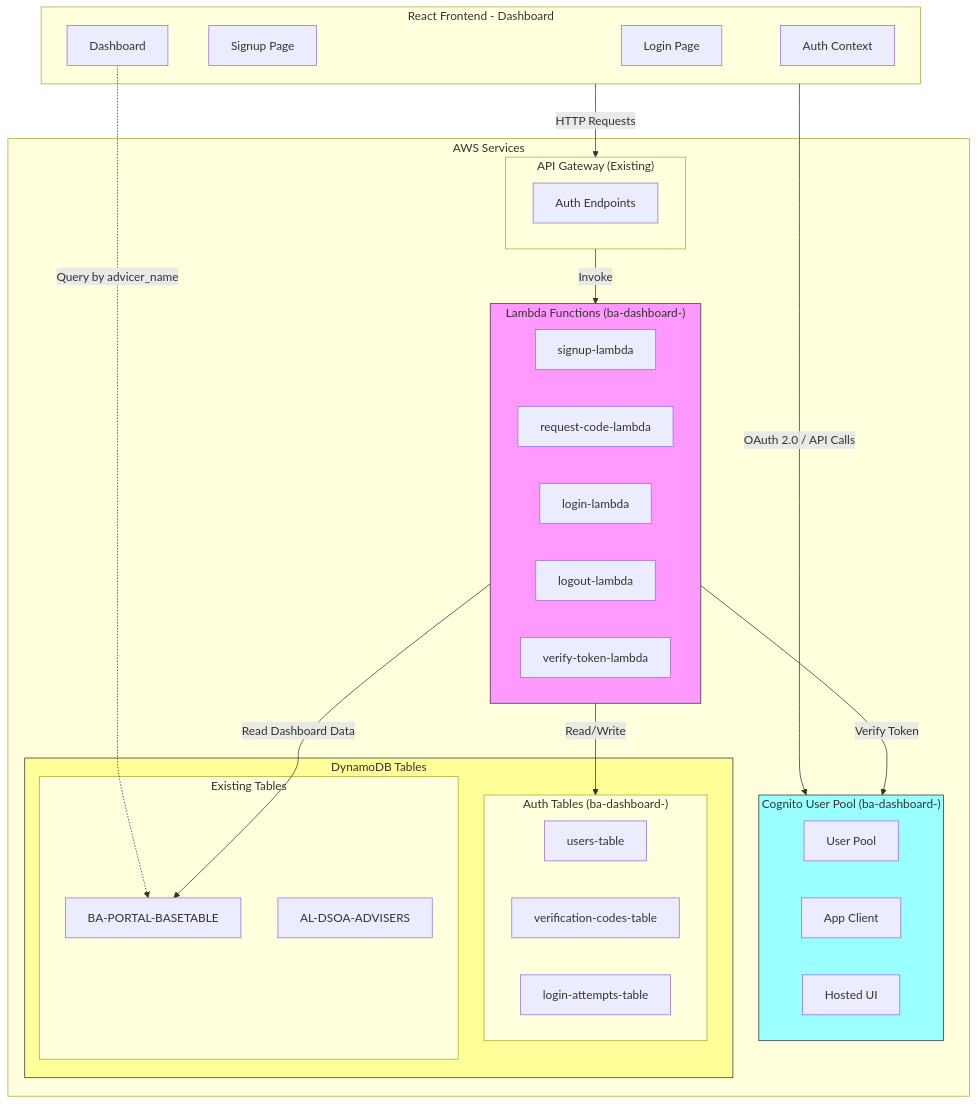
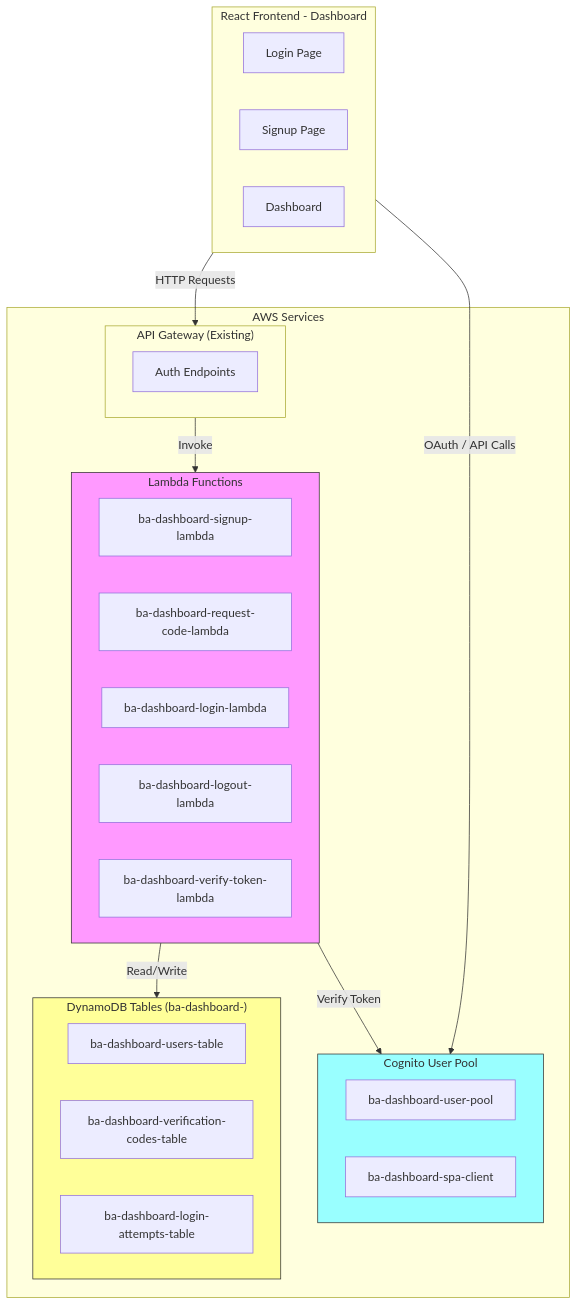
The first of 3 diagrams in app/ba-portal/PLAN-login-system.md (DilkuYahoo/tutorai), drawn with Mermaid before and after one commit. The commit also changed other lines of this file, not shown here.

First line of the commit message:
docs(login-system): simplify BA login architecture plan

````diff
--- a/app/ba-portal/PLAN-login-system.md
+++ b/app/ba-portal/PLAN-login-system.md
@@ -35,55 +18,43 @@
 ```mermaid
 flowchart TB
     subgraph Frontend["React Frontend - Dashboard"]
         LoginPage["Login Page"]
         SignupPage["Signup Page"]
         Dashboard["Dashboard"]
-        AuthContext["Auth Context"]
     end
     
     subgraph AWS["AWS Services"]
-        subgraph Cognito["Cognito User Pool (ba-dashboard-)"]
-            UserPool["User Pool"]
-            AppClient["App Client"]
-            HostedUI["Hosted UI"]
+        subgraph Cognito["Cognito User Pool"]
+            UserPool["ba-dashboard-user-pool"]
+            AppClient["ba-dashboard-spa-client"]
         end
         
         subgraph APIGateway["API Gateway (Existing)"]
             AuthAPI["Auth Endpoints"]
         end
         
-        subgraph Lambda["Lambda Functions (ba-dashboard-)"]
-            SignupLambda["signup-lambda"]
-            RequestCodeLambda["request-code-lambda"]
-            LoginLambda["login-lambda"]
-            LogoutLambda["logout-lambda"]
-            VerifyTokenLambda["verify-token-lambda"]
+        subgraph Lambda["Lambda Functions"]
+            SignupLambda["ba-dashboard-signup-lambda"]
+            RequestCodeLambda["ba-dashboard-request-code-lambda"]
+            LoginLambda["ba-dashboard-login-lambda"]
+            LogoutLambda["ba-dashboard-logout-lambda"]
+            VerifyTokenLambda["ba-dashboard-verify-token-lambda"]
         end
         
-        subgraph DynamoDB["DynamoDB Tables"]
-            subgraph AuthTables["Auth Tables (ba-dashboard-)"]
-                UsersTable["users-table"]
-                VerificationCodesTable["verification-codes-table"]
-                LoginAttemptsTable["login-attempts-table"]
-            end
-            
-            subgraph ExistingTables["Existing Tables"]
-                BASETable["BA-PORTAL-BASETABLE"]
-                AdvisersTable["AL-DSOA-ADVISERS"]
-            end
+        subgraph DynamoDB["DynamoDB Tables (ba-dashboard-)"]
+            UsersTable["ba-dashboard-users-table"]
+            VerificationCodesTable["ba-dashboard-verification-codes-table"]
+            LoginAttemptsTable["ba-dashboard-login-attempts-table"]
         end
     end
     
-    Frontend -->|"OAuth 2.0 / API Calls"| Cognito
+    Frontend -->|"OAuth / API Calls"| Cognito
     Frontend -->|"HTTP Requests"| APIGateway
     APIGateway -->|"Invoke"| Lambda
-    Lambda -->|"Read/Write"| AuthTables
-    Lambda -->|"Read Dashboard Data"| BASETable
+    Lambda -->|"Read/Write"| DynamoDB
     Lambda -->|"Verify Token"| Cognito
-    
-    Dashboard -.->|"Query by advicer_name"| BASETable
     
     style Lambda fill:#f9f,stroke:#333
     style DynamoDB fill:#ff9,stroke:#333
     style Cognito fill:#9ff,stroke:#333
 ```
````
